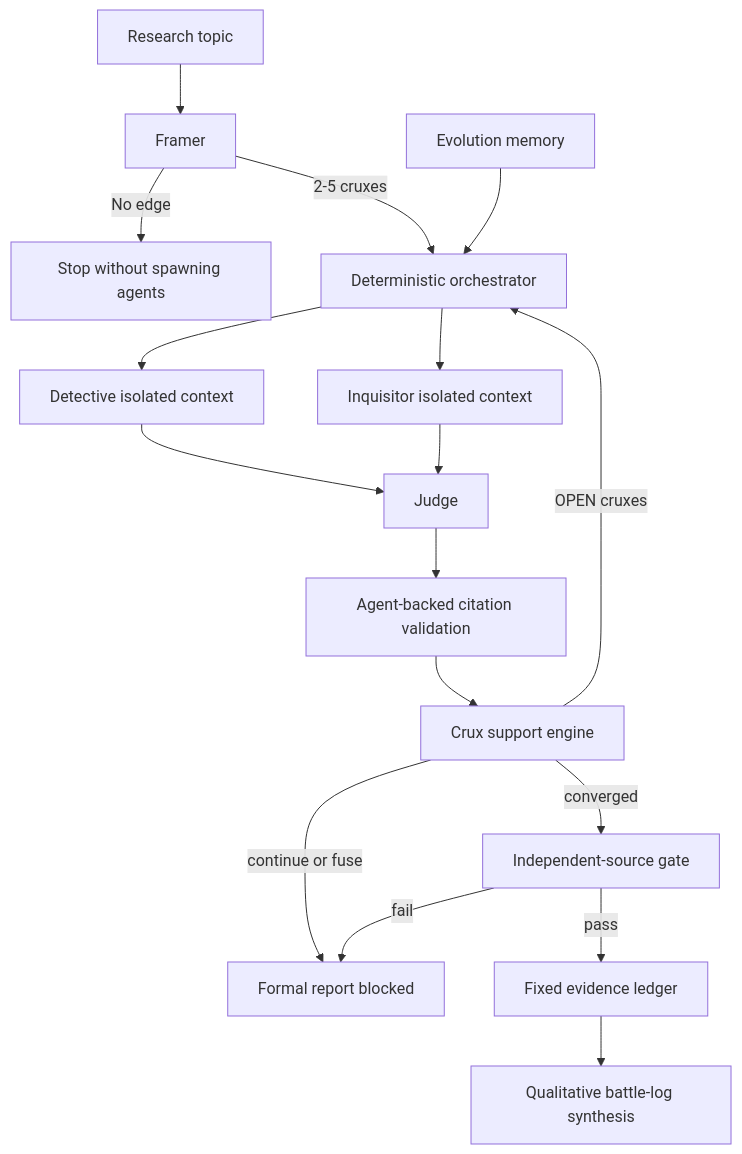
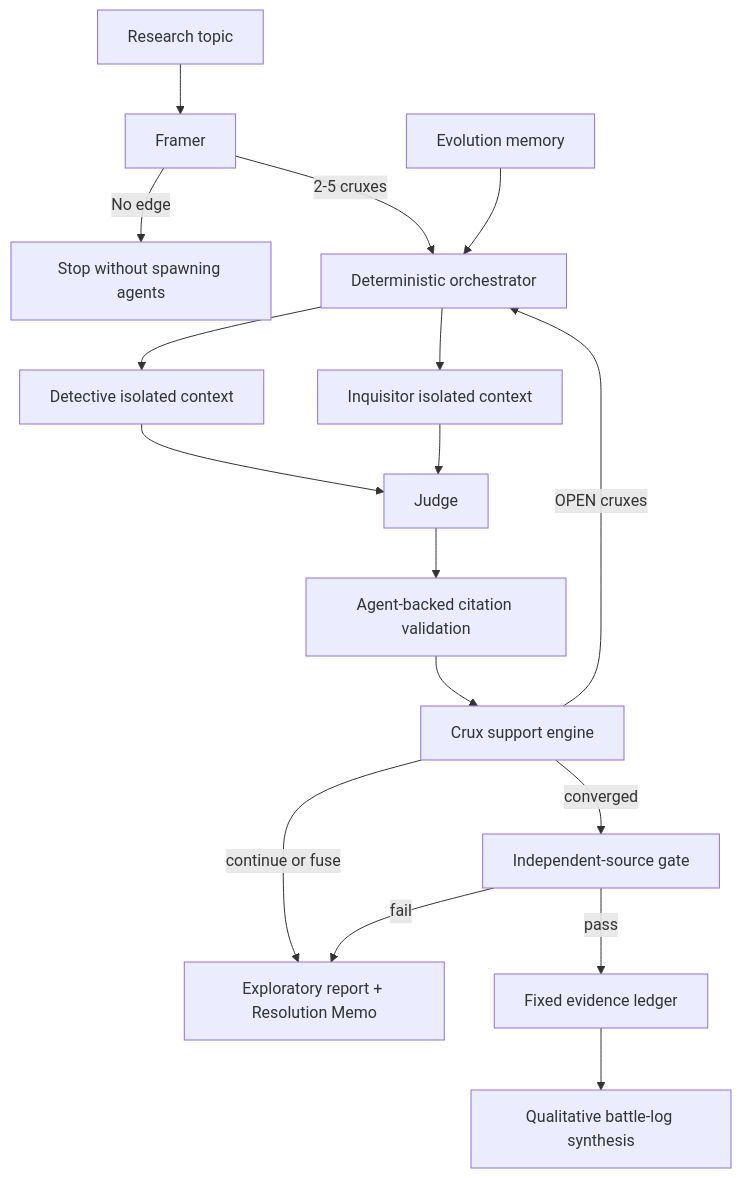
One commit to Thhoho/trade-nothing changed the diagram in docs/architecture.md. Above: the diagram before and after it, drawn with Mermaid. The commit also changed other lines of this file and 78 other files, not shown here.

````diff
--- a/docs/architecture.md
+++ b/docs/architecture.md
@@ -15,19 +15,19 @@
 ```mermaid
 flowchart TD
     U[Research topic] --> F[Framer]
     F -->|No edge| X[Stop without spawning agents]
     F -->|2-5 cruxes| O[Deterministic orchestrator]
     M[Evolution memory] --> O
     O --> D[Detective isolated context]
     O --> I[Inquisitor isolated context]
     D --> J[Judge]
     I --> J
     J --> V[Agent-backed citation validation]
     V --> E[Crux support engine]
     E -->|OPEN cruxes| O
-    E -->|continue or fuse| B[Formal report blocked]
+    E -->|continue or fuse| B[Exploratory report + Resolution Memo]
     E -->|converged| G[Independent-source gate]
     G -->|fail| B
     G -->|pass| R[Fixed evidence ledger]
     R --> S[Qualitative battle-log synthesis]
 ```
````
